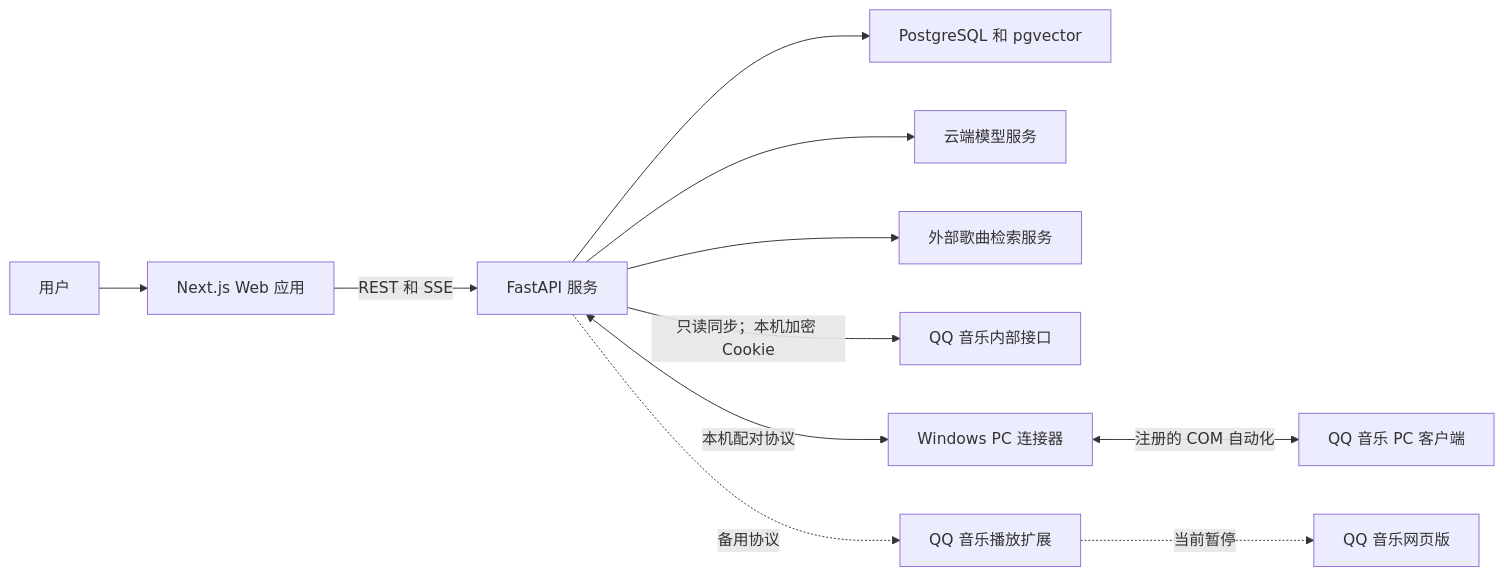
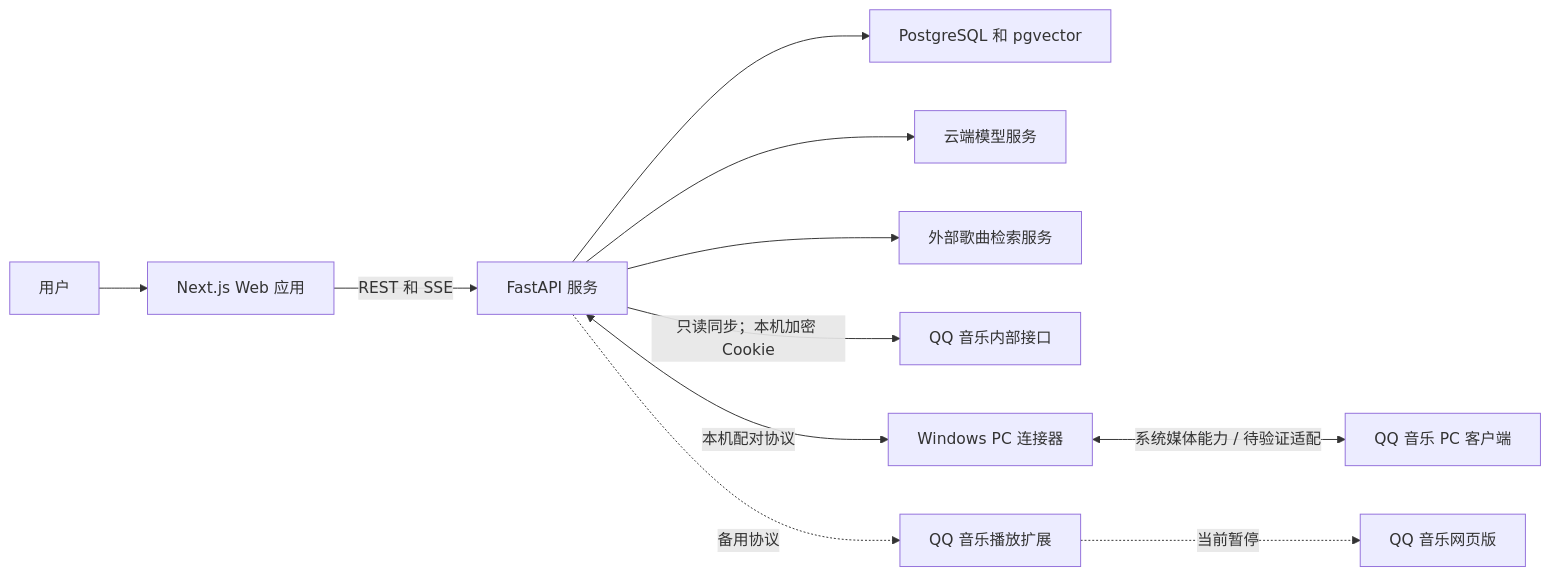
One commit to Chandler-h-blake/mood-music changed the diagram in README.md. Above: the diagram before and after it, drawn with Mermaid. The commit also changed other lines of this file and 12 other files, not shown here.

````diff
--- a/README.md
+++ b/README.md
@@ -71,13 +71,13 @@
 ```mermaid
 flowchart LR
     U["用户"] --> W["Next.js Web 应用"]
     W -->|"REST 和 SSE"| A["FastAPI 服务"]
     A --> D["PostgreSQL 和 pgvector"]
     A --> M["云端模型服务"]
     A --> S["外部歌曲检索服务"]
     A -->|"只读同步；本机加密 Cookie"| QAPI["QQ 音乐内部接口"]
     A <-->|"本机配对协议"| P["Windows PC 连接器"]
-    P <-->|"注册的 COM 自动化"| QP["QQ 音乐 PC 客户端"]
+    P <-->|"系统媒体能力 / 待验证适配"| QP["QQ 音乐 PC 客户端"]
     A -.->|"备用协议"| E["QQ 音乐播放扩展"]
     E -.->|"当前暂停"| Q["QQ 音乐网页版"]
 ```
````
